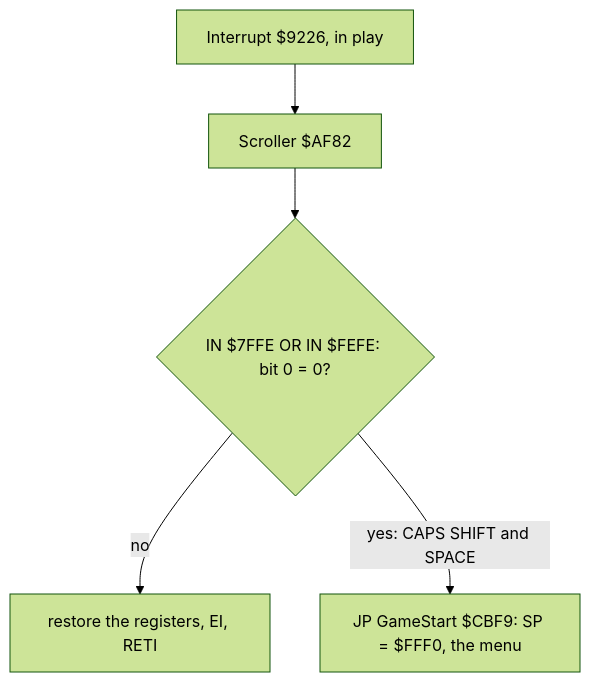
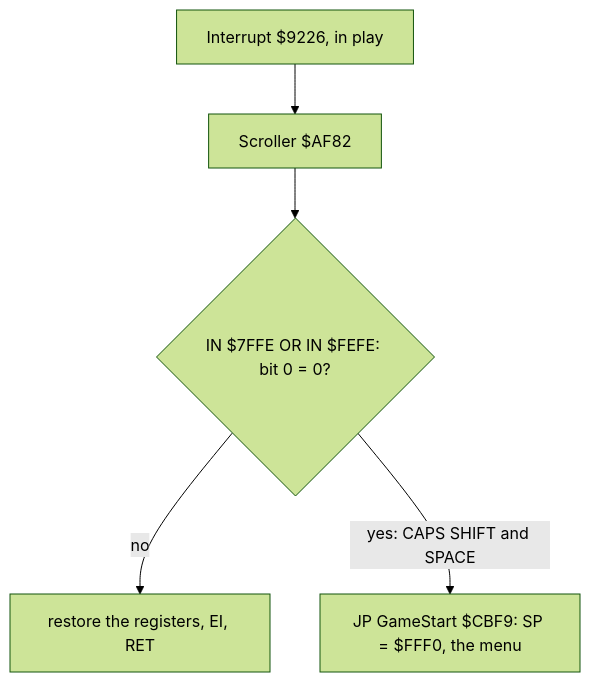
Before and after one commit to alfishe/unrealng-reverse-cases: the third of 4 diagrams in games/mask-iii/docs/05-controls.md, drawn with Mermaid (forest theme). The commit also changed other lines of this file and 36 other files, not shown here.

````diff
--- a/games/mask-iii/docs/05-controls.md
+++ b/games/mask-iii/docs/05-controls.md
@@ -636,7 +672,7 @@
 ```mermaid
 flowchart TD
     I["Interrupt $9226, in play"] --> S["Scroller $AF82"]
     S --> B{"IN $7FFE OR IN $FEFE: bit 0 = 0?"}
-    B -- "no" --> R["restore the registers, EI, RETI"]
+    B -- "no" --> R["restore the registers, EI, RET"]
     B -- "yes: CAPS SHIFT and SPACE" --> G["JP GameStart $CBF9: SP = $FFF0, the menu"]
 ```
````
